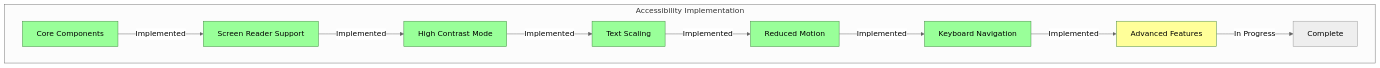
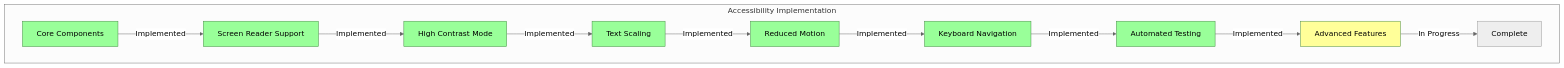
One commit to Rosewood1985/ai-sports-edge changed the second of 5 diagrams in comprehensive-ai-sports-edge-documentation.md. Above: the diagram before and after it, drawn with Mermaid (neutral theme). The commit also changed other lines of this file and 4 other files, not shown here.

First line of the commit message:
Implement automated accessibility testing

````diff
--- a/comprehensive-ai-sports-edge-documentation.md
+++ b/comprehensive-ai-sports-edge-documentation.md
@@ -1157,20 +1157,22 @@
 ```mermaid
 graph TD
     subgraph "Accessibility Implementation"
         A1[Core Components] -->|Implemented| A2
         A2[Screen Reader Support] -->|Implemented| A3
         A3[High Contrast Mode] -->|Implemented| A4
         A4[Text Scaling] -->|Implemented| A5
         A5[Reduced Motion] -->|Implemented| A6
         A6[Keyboard Navigation] -->|Implemented| A7
-        A7[Advanced Features] -->|In Progress| Complete
+        A7[Automated Testing] -->|Implemented| A8
+        A8[Advanced Features] -->|In Progress| Complete
 
         style A1 fill:#9f9,stroke:#484
         style A2 fill:#9f9,stroke:#484
         style A3 fill:#9f9,stroke:#484
         style A4 fill:#9f9,stroke:#484
         style A5 fill:#9f9,stroke:#484
         style A6 fill:#9f9,stroke:#484
-        style A7 fill:#ff9,stroke:#484
+        style A7 fill:#9f9,stroke:#484
+        style A8 fill:#ff9,stroke:#484
     end
 ```
````
